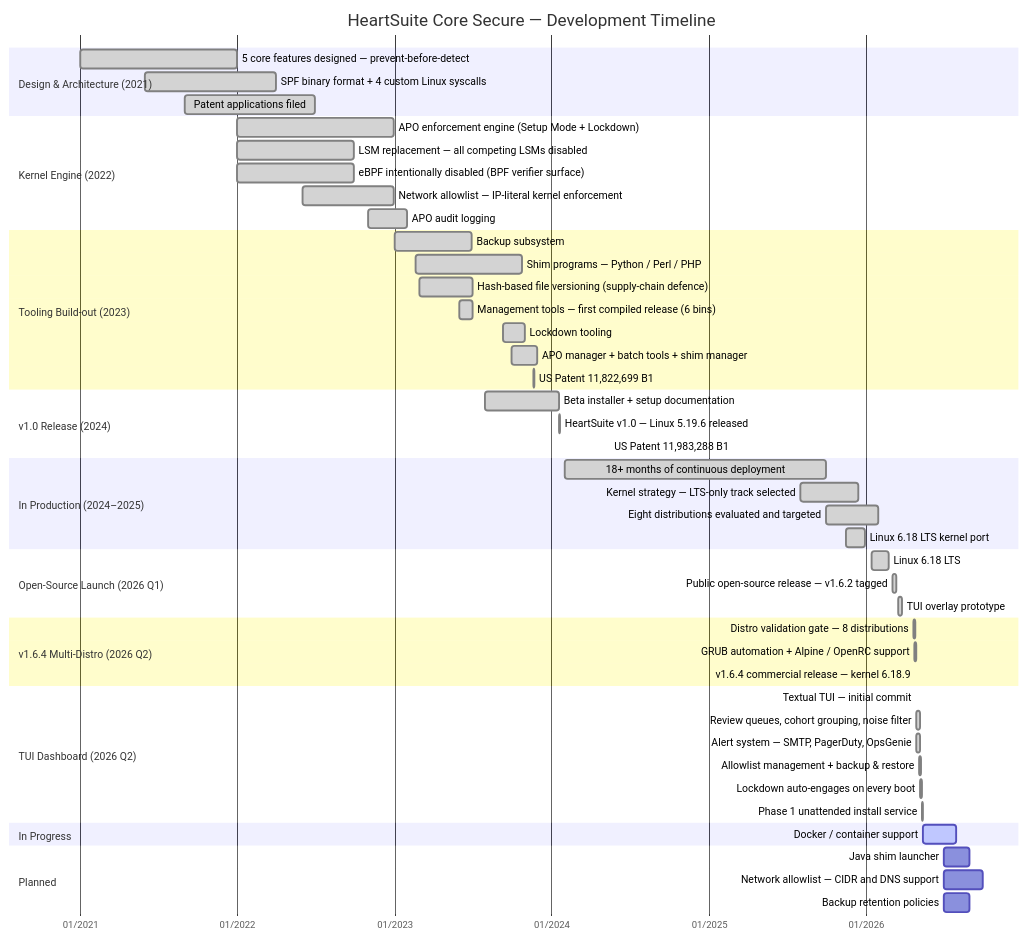
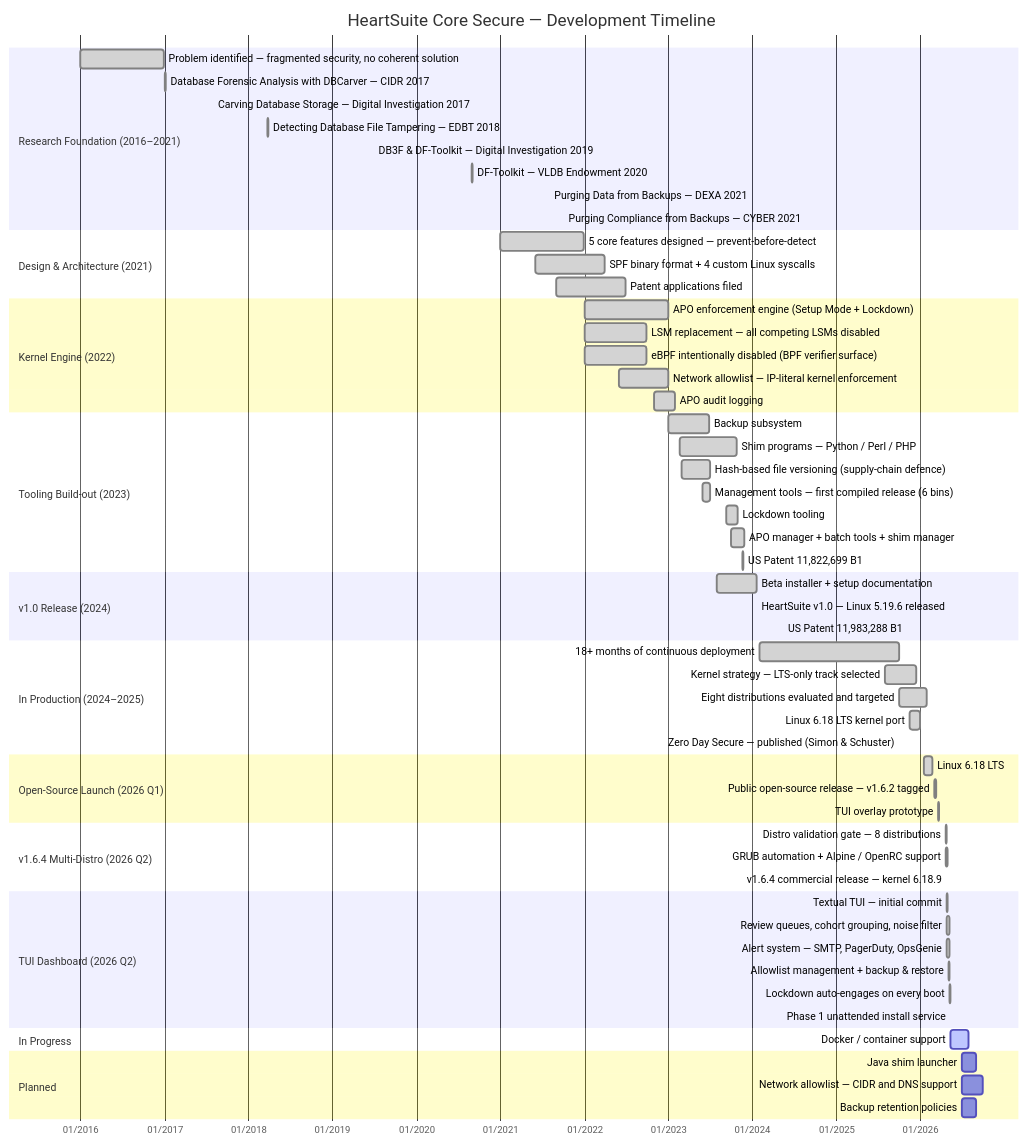
One commit to HeartSecuritySuite/heartsuite-docs changed the diagram in content/en/docs/roadmap/_index.md. Above: the diagram before and after it, drawn with Mermaid. The commit also changed other lines of this file and 1 other file, not shown here.

First line of the commit message:
docs: extend roadmap history to 2016 with research foundation and publications

````diff
--- a/content/en/docs/roadmap/_index.md
+++ b/content/en/docs/roadmap/_index.md
@@ -22,64 +24,75 @@
 ```mermaid
 gantt
     title HeartSuite Core Secure — Development Timeline
     dateFormat YYYY-MM-DD
     axisFormat %m/%Y
+
+    section Research Foundation (2016–2021)
+    Problem identified — fragmented security, no coherent solution :done, 2016-01-01, 2016-12-31
+    Database Forensic Analysis with DBCarver — CIDR 2017         :done, 2017-01-04, 2017-01-05
+    Carving Database Storage — Digital Investigation 2017        :done, 2017-08-01, 2017-08-02
+    Detecting Database File Tampering — EDBT 2018                :done, 2018-03-26, 2018-03-27
+    DB3F & DF-Toolkit — Digital Investigation 2019               :done, 2019-07-01, 2019-07-02
+    DF-Toolkit — VLDB Endowment 2020                             :done, 2020-08-31, 2020-09-01
+    Purging Data from Backups — DEXA 2021                        :done, 2021-08-01, 2021-08-02
+    Purging Compliance from Backups — CYBER 2021                 :done, 2021-10-03, 2021-10-04
 
     section Design & Architecture (2021)
     5 core features designed — prevent-before-detect  :done, 2021-01-01, 2021-12-31
     SPF binary format + 4 custom Linux syscalls        :done, 2021-06-01, 2022-03-31
     Patent applications filed                          :done, 2021-09-01, 2022-06-30
 
     section Kernel Engine (2022)
     APO enforcement engine (Setup Mode + Lockdown)     :done, 2022-01-01, 2022-12-31
     LSM replacement — all competing LSMs disabled      :done, 2022-01-01, 2022-09-30
     eBPF intentionally disabled (BPF verifier surface) :done, 2022-01-01, 2022-09-30
     Network allowlist — IP-literal kernel enforcement  :done, 2022-06-01, 2022-12-31
     APO audit logging                                  :done, 2022-11-01, 2023-01-31
 
     section Tooling Build-out (2023)
     Backup subsystem                                  :done, 2023-01-01, 2023-06-30
     Shim programs — Python / Perl / PHP               :done, 2023-02-20, 2023-10-25
     Hash-based file versioning (supply-chain defence) :done, 2023-03-01, 2023-07-01
     Management tools — first compiled release (6 bins) :done, 2023-06-01, 2023-07-01
     Lockdown tooling                                  :done, 2023-09-11, 2023-10-31
     APO manager + batch tools + shim manager          :done, 2023-10-01, 2023-11-30
     US Patent 11,822,699 B1                           :done, 2023-11-21, 2023-11-22
 
     section v1.0 Release (2024)
     Beta installer + setup documentation              :done, 2023-07-31, 2024-01-20
     HeartSuite v1.0 — Linux 5.19.6 released           :done, 2024-01-20, 2024-01-21
     US Patent 11,983,288 B1                           :done, 2024-05-14, 2024-05-15
 
     section In Production (2024–2025)
     18+ months of continuous deployment        :done, 2024-02-01, 2025-09-30
     Kernel strategy — LTS-only track selected         :done, 2025-08-01, 2025-12-15
     Eight distributions evaluated and targeted        :done, 2025-10-01, 2026-01-31
     Linux 6.18 LTS kernel port                        :done, 2025-11-15, 2025-12-31
+    Zero Day Secure — published (Simon & Schuster)    :done, 2025-10-01, 2025-10-02
 
     section Open-Source Launch (2026 Q1)
     Linux 6.18 LTS          :done, 2026-01-15, 2026-02-24
     Public open-source release — v1.6.2 tagged        :done, 2026-03-05, 2026-03-12
     TUI overlay prototype                             :done, 2026-03-18, 2026-03-26
 
     section v1.6.4 Multi-Distro (2026 Q2)
     Distro validation gate — 8 distributions          :done, 2026-04-22, 2026-04-26
     GRUB automation + Alpine / OpenRC support         :done, 2026-04-23, 2026-04-29
     v1.6.4 commercial release — kernel 6.18.9         :done, 2026-04-26, 2026-04-27
 
     section TUI Dashboard (2026 Q2)
     Textual TUI — initial commit                      :done, 2026-04-28, 2026-04-29
     Review queues, cohort grouping, noise filter      :done, 2026-04-28, 2026-05-07
     Alert system — SMTP, PagerDuty, OpsGenie          :done, 2026-04-28, 2026-05-07
     Allowlist management + backup & restore           :done, 2026-05-04, 2026-05-10
     Lockdown auto-engages on every boot               :done, 2026-05-07, 2026-05-12
     Phase 1 unattended install service                :done, 2026-05-12, 2026-05-14
 
     section In Progress
     Docker / container support                        :active, 2026-05-14, 2026-07-31
 
     section Planned
     Java shim launcher                               :2026-07-01, 2026-08-31
     Network allowlist — CIDR and DNS support         :2026-07-01, 2026-09-30
     Backup retention policies                        :2026-07-01, 2026-08-31
 ```
````
